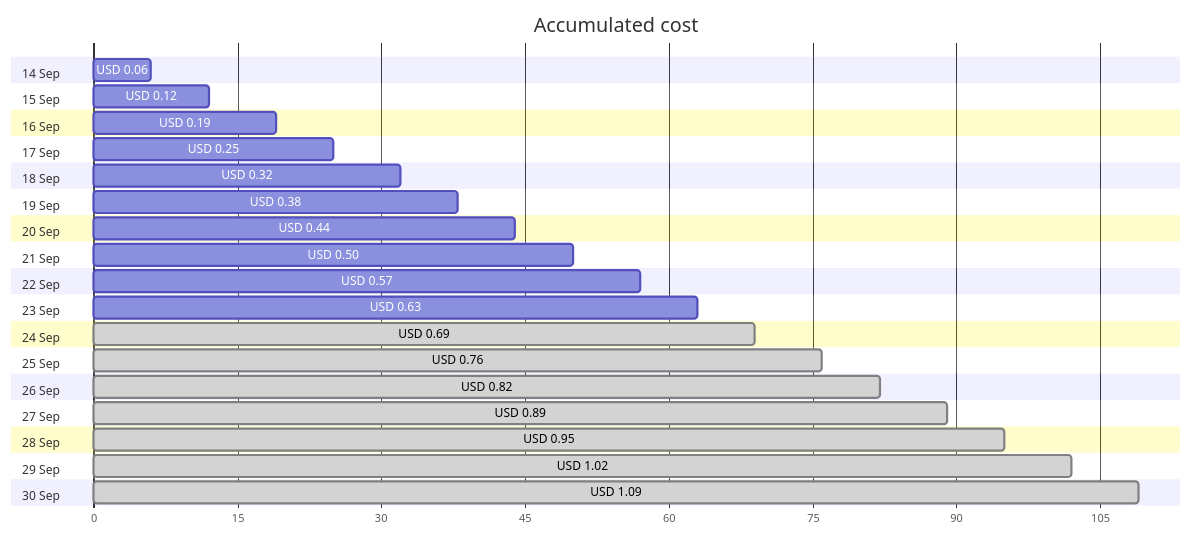
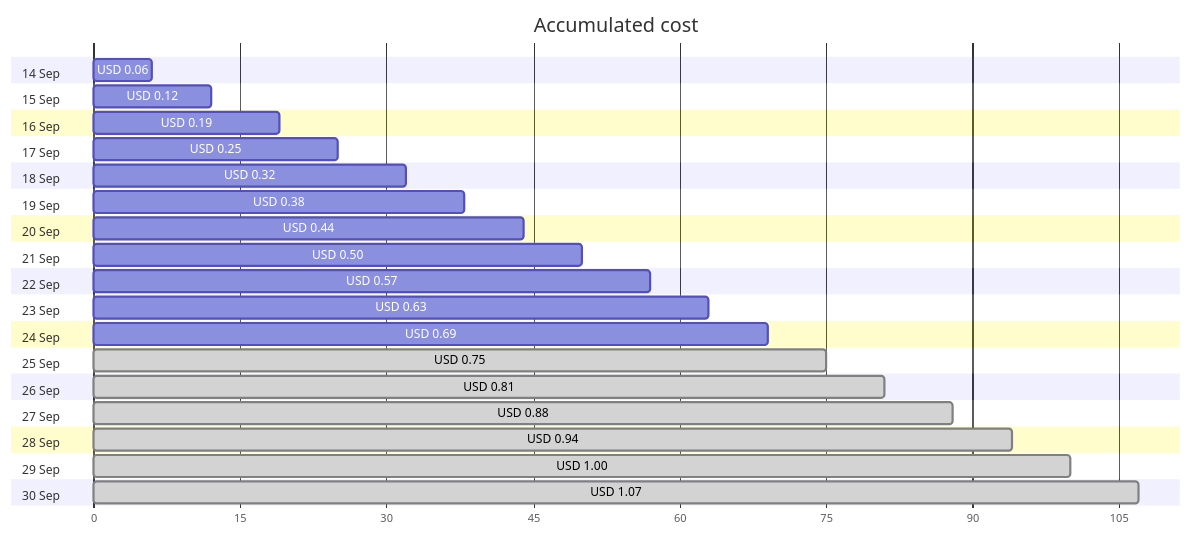
Before and after one commit to jpfulton/azure-personal-reports: the first of 4 diagrams in cost-reports/personal-network/backup-server_OsDisk.md, drawn with Mermaid. The commit also changed other lines of this file and 9 other files, not shown here.

````diff
--- a/cost-reports/personal-network/backup-server_OsDisk.md
+++ b/cost-reports/personal-network/backup-server_OsDisk.md
@@ -20,40 +20,40 @@
 ```mermaid
 gantt
    title Accumulated cost
    dateFormat  X
    axisFormat %s
    section 14 Sep
    USD 0.06 :0, 6
    section 15 Sep
    USD 0.12 :0, 12
    section 16 Sep
    USD 0.19 :0, 19
    section 17 Sep
    USD 0.25 :0, 25
    section 18 Sep
    USD 0.32 :0, 32
    section 19 Sep
    USD 0.38 :0, 38
    section 20 Sep
    USD 0.44 :0, 44
    section 21 Sep
    USD 0.50 :0, 50
    section 22 Sep
    USD 0.57 :0, 57
    section 23 Sep
    USD 0.63 :0, 63
    section 24 Sep
-   USD 0.69 : done, 0, 69
+   USD 0.69 :0, 69
    section 25 Sep
-   USD 0.76 : done, 0, 76
+   USD 0.75 : done, 0, 75
    section 26 Sep
-   USD 0.82 : done, 0, 82
+   USD 0.81 : done, 0, 81
    section 27 Sep
-   USD 0.89 : done, 0, 89
+   USD 0.88 : done, 0, 88
    section 28 Sep
-   USD 0.95 : done, 0, 95
+   USD 0.94 : done, 0, 94
    section 29 Sep
-   USD 1.02 : done, 0, 102
+   USD 1.00 : done, 0, 100
    section 30 Sep
-   USD 1.09 : done, 0, 109
+   USD 1.07 : done, 0, 107
 ```
````
